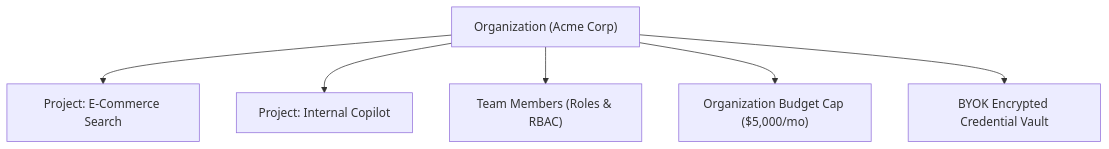
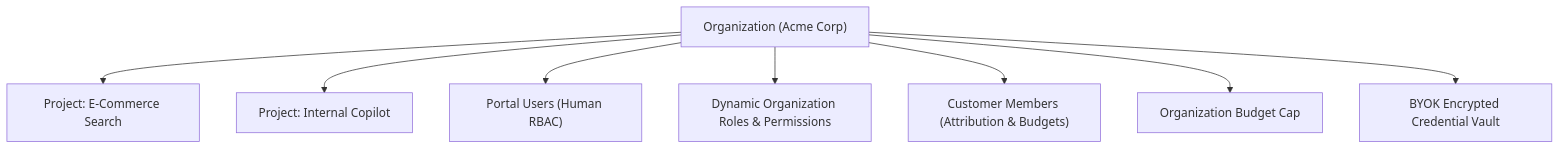
The diagram in docs/concepts/organizations.md (bhakha-services/naagmani-docs), drawn with Mermaid before and after one commit. The commit also changed other lines of this file and 14 other files, not shown here.

````diff
--- a/docs/concepts/organizations.md
+++ b/docs/concepts/organizations.md
@@ -5,9 +5,11 @@
 ```mermaid
 graph TD
     Org["Organization (Acme Corp)"]
     Org --> P1["Project: E-Commerce Search"]
     Org --> P2["Project: Internal Copilot"]
-    Org --> Mem["Team Members (Roles & RBAC)"]
-    Org --> Bgt["Organization Budget Cap ($5,000/mo)"]
+    Org --> PortalUsers["Portal Users (Human RBAC)"]
+    Org --> Roles["Dynamic Organization Roles & Permissions"]
+    Org --> CustomerMembers["Customer Members (Attribution & Budgets)"]
+    Org --> Bgt["Organization Budget Cap"]
     Org --> Vault["BYOK Encrypted Credential Vault"]
 ```
````
